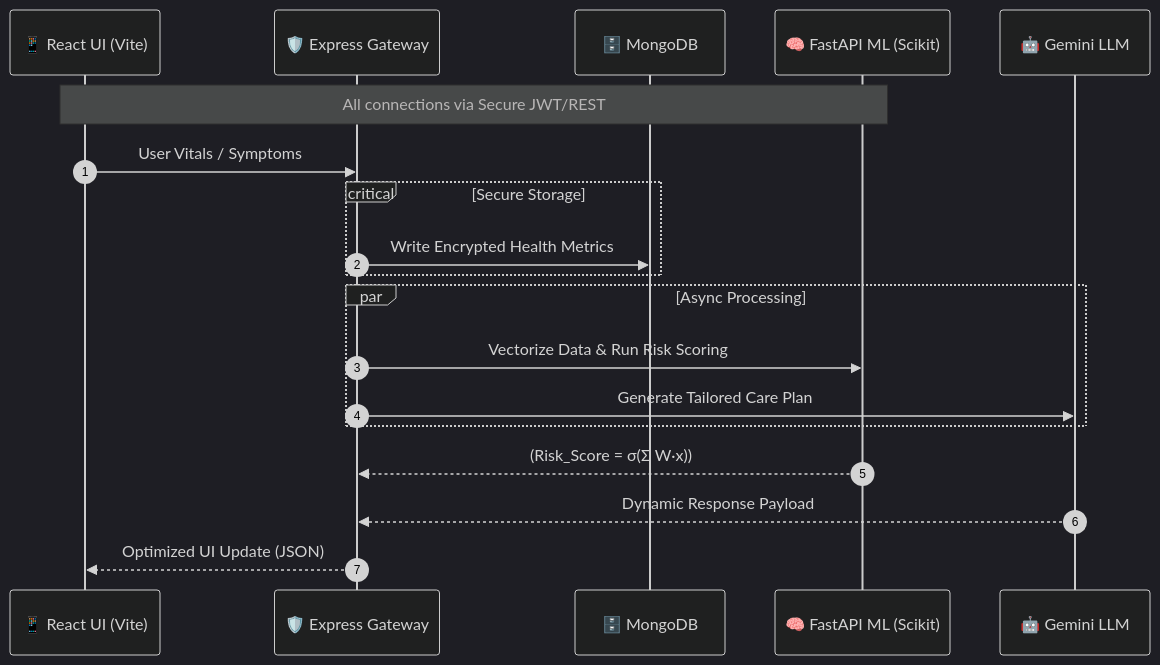
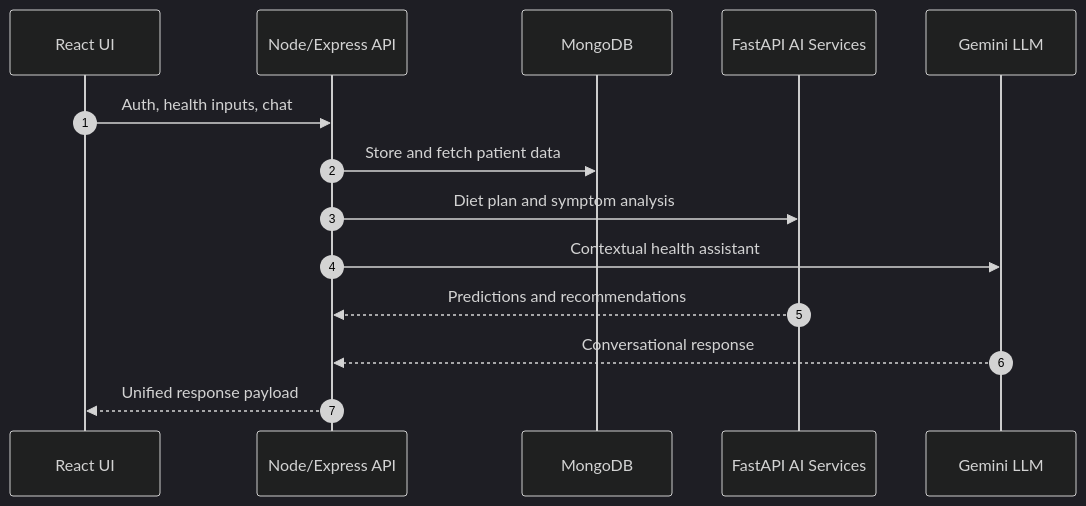
Before and after one commit to karthiksai2000/mama-care: the diagram in README.md, drawn with Mermaid. The commit also changed other lines of this file, not shown here.

````diff
--- a/README.md
+++ b/README.md
@@ -25,27 +42,18 @@
 ```mermaid
 %%{init: {"theme":"dark", "themeVariables":{"primaryColor":"#0b0f1a","primaryTextColor":"#e6edf3","primaryBorderColor":"#8be9fd","lineColor":"#8be9fd","secondaryColor":"#161b22","tertiaryColor":"#0b0f1a"}}}%%
 sequenceDiagram
-        autonumber
-        participant UI as 📱 React UI (Vite)
-        participant API as 🛡️ Express Gateway
-        participant DB as 🗄️ MongoDB
-        participant AI as 🧠 FastAPI ML (Scikit)
-        participant LLM as 🤖 Gemini LLM
+    autonumber
+    participant UI as React UI
+    participant API as Node/Express API
+    participant DB as MongoDB
+    participant AI as FastAPI AI Services
+    participant LLM as Gemini LLM
 
-        note over UI,AI: All connections via Secure JWT/REST
-
-        UI->>API: User Vitals / Symptoms
-        critical Secure Storage
-                API->>DB: Write Encrypted Health Metrics
-        end
-
-        par Async Processing
-                API->>AI: Vectorize Data & Run Risk Scoring
-                API->>LLM: Generate Tailored Care Plan
-        end
-
-        AI-->>API: (Risk_Score = σ(Σ W·x))
-        LLM-->>API: Dynamic Response Payload
-
-        API-->>UI: Optimized UI Update (JSON)
+    UI->>API: Auth, health inputs, chat
+    API->>DB: Store and fetch patient data
+    API->>AI: Diet plan and symptom analysis
+    API->>LLM: Contextual health assistant
+    AI-->>API: Predictions and recommendations
+    LLM-->>API: Conversational response
+    API-->>UI: Unified response payload
 ```
````
